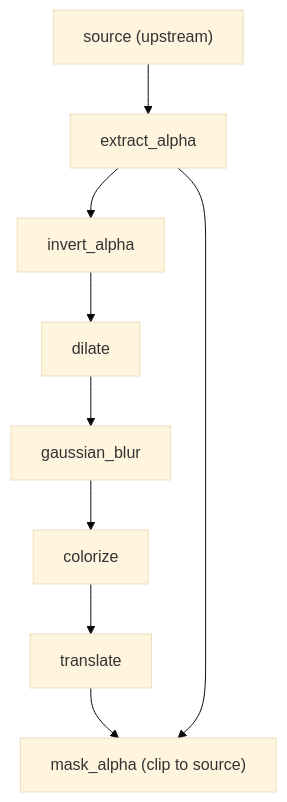
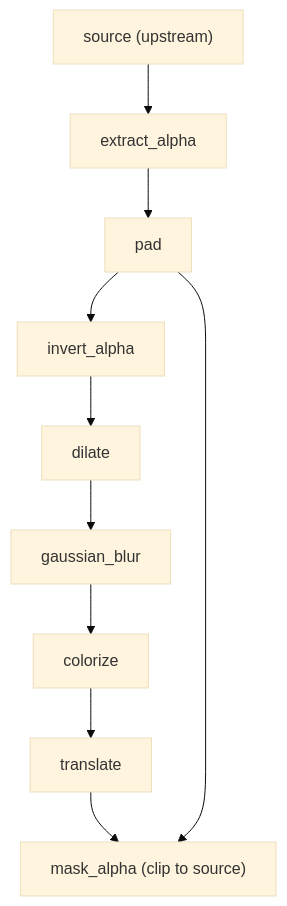
Before and after one commit to kws/invariant-gfx: the third of 4 diagrams in docs/effects.md, drawn with Mermaid (base theme). The commit also changed other lines of this file and 22 other files, not shown here.

````diff
--- a/docs/effects.md
+++ b/docs/effects.md
@@ -413,14 +438,16 @@
 ```mermaid
 flowchart TD
     src["source (upstream)"]
     alpha["extract_alpha"]
+    pad["pad"]
     inv["invert_alpha"]
     dilate["dilate"]
     blur["gaussian_blur"]
     color["colorize"]
     translate["translate"]
     clip["mask_alpha (clip to source)"]
     src --> alpha
-    alpha --> inv --> dilate --> blur --> color --> translate --> clip
-    alpha --> clip
+    alpha --> pad
+    pad --> inv --> dilate --> blur --> color --> translate --> clip
+    pad --> clip
 ```
````
